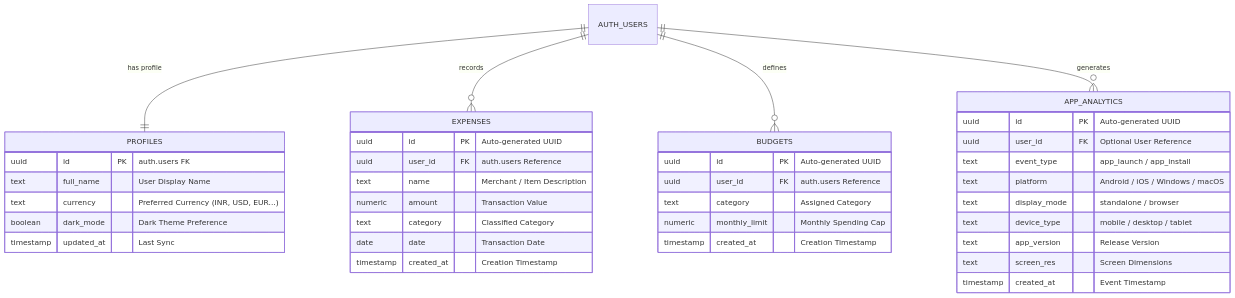
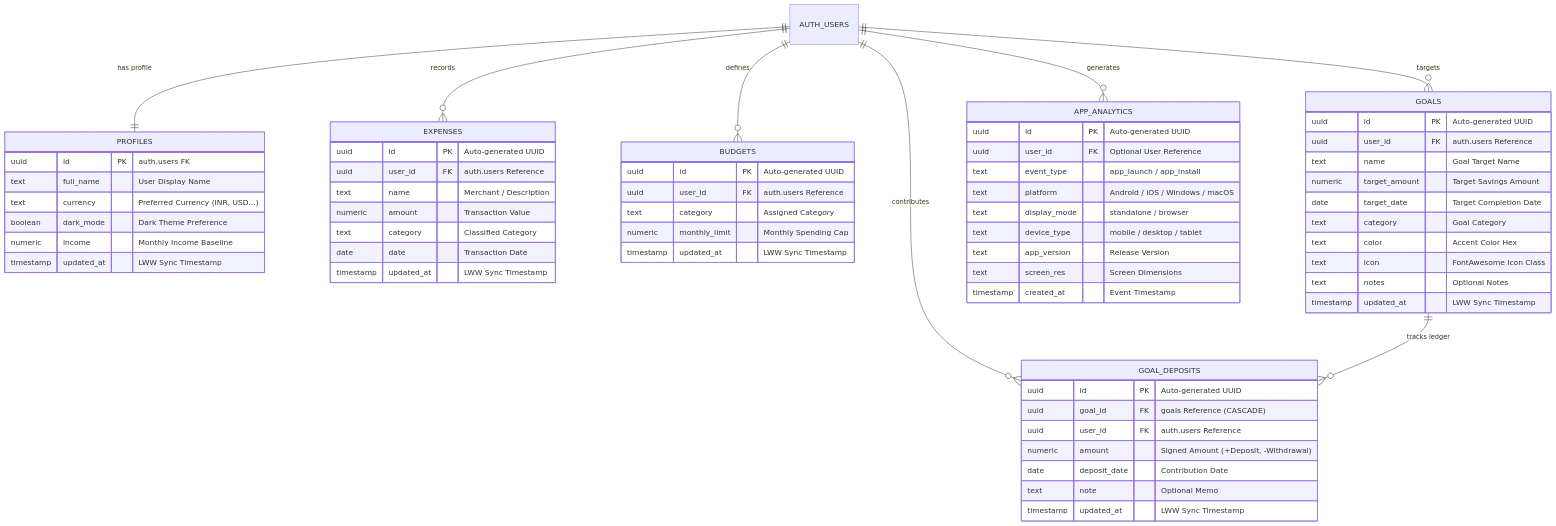
Before and after one commit to Code-Breaker-Ctrl/Ledgio: the diagram in README.md, drawn with Mermaid. The commit also changed other lines of this file, not shown here.

Commit message:
docs: rewrite README for v1.4.5 — full feature, architecture, and lifecycle documentation

````diff
--- a/README.md
+++ b/README.md
@@ -68,45 +93,72 @@
 ```mermaid
 erDiagram
     AUTH_USERS ||--|| PROFILES : "has profile"
     AUTH_USERS ||--o{ EXPENSES : "records"
     AUTH_USERS ||--o{ BUDGETS : "defines"
+    AUTH_USERS ||--o{ GOALS : "targets"
+    AUTH_USERS ||--o{ GOAL_DEPOSITS : "contributes"
+    GOALS ||--o{ GOAL_DEPOSITS : "tracks ledger"
     AUTH_USERS ||--o{ APP_ANALYTICS : "generates"
 
     PROFILES {
         uuid id PK "auth.users FK"
         text full_name "User Display Name"
-        text currency "Preferred Currency (INR, USD, EUR...)"
+        text currency "Preferred Currency (INR, USD...)"
         boolean dark_mode "Dark Theme Preference"
-        timestamp updated_at "Last Sync"
+        numeric income "Monthly Income Baseline"
+        timestamp updated_at "LWW Sync Timestamp"
     }
 
     EXPENSES {
         uuid id PK "Auto-generated UUID"
         uuid user_id FK "auth.users Reference"
-        text name "Merchant / Item Description"
+        text name "Merchant / Description"
         numeric amount "Transaction Value"
         text category "Classified Category"
         date date "Transaction Date"
-        timestamp created_at "Creation Timestamp"
+        timestamp updated_at "LWW Sync Timestamp"
     }
 
     BUDGETS {
         uuid id PK "Auto-generated UUID"
         uuid user_id FK "auth.users Reference"
         text category "Assigned Category"
         numeric monthly_limit "Monthly Spending Cap"
-        timestamp created_at "Creation Timestamp"
+        timestamp updated_at "LWW Sync Timestamp"
+    }
+
+    GOALS {
+        uuid id PK "Auto-generated UUID"
+        uuid user_id FK "auth.users Reference"
+        text name "Goal Target Name"
+        numeric target_amount "Target Savings Amount"
+        date target_date "Target Completion Date"
+        text category "Goal Category"
+        text color "Accent Color Hex"
+        text icon "FontAwesome Icon Class"
+        text notes "Optional Notes"
+        timestamp updated_at "LWW Sync Timestamp"
+    }
+
+    GOAL_DEPOSITS {
+        uuid id PK "Auto-generated UUID"
+        uuid goal_id FK "goals Reference (CASCADE)"
+        uuid user_id FK "auth.users Reference"
+        numeric amount "Signed Amount (+Deposit, -Withdrawal)"
+        date deposit_date "Contribution Date"
+        text note "Optional Memo"
+        timestamp updated_at "LWW Sync Timestamp"
     }
 
     APP_ANALYTICS {
         uuid id PK "Auto-generated UUID"
         uuid user_id FK "Optional User Reference"
         text event_type "app_launch / app_install"
         text platform "Android / iOS / Windows / macOS"
         text display_mode "standalone / browser"
         text device_type "mobile / desktop / tablet"
         text app_version "Release Version"
         text screen_res "Screen Dimensions"
         timestamp created_at "Event Timestamp"
     }
 ```
````
